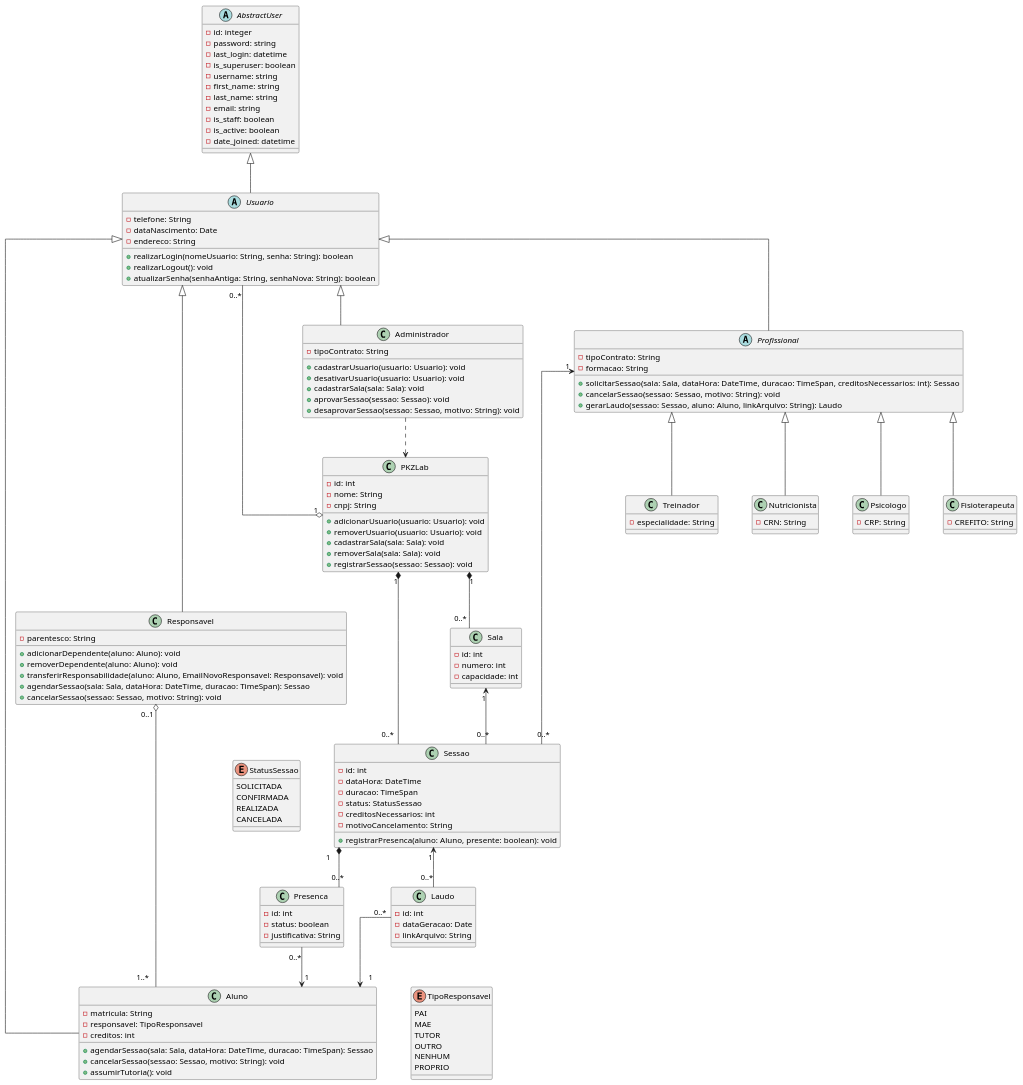
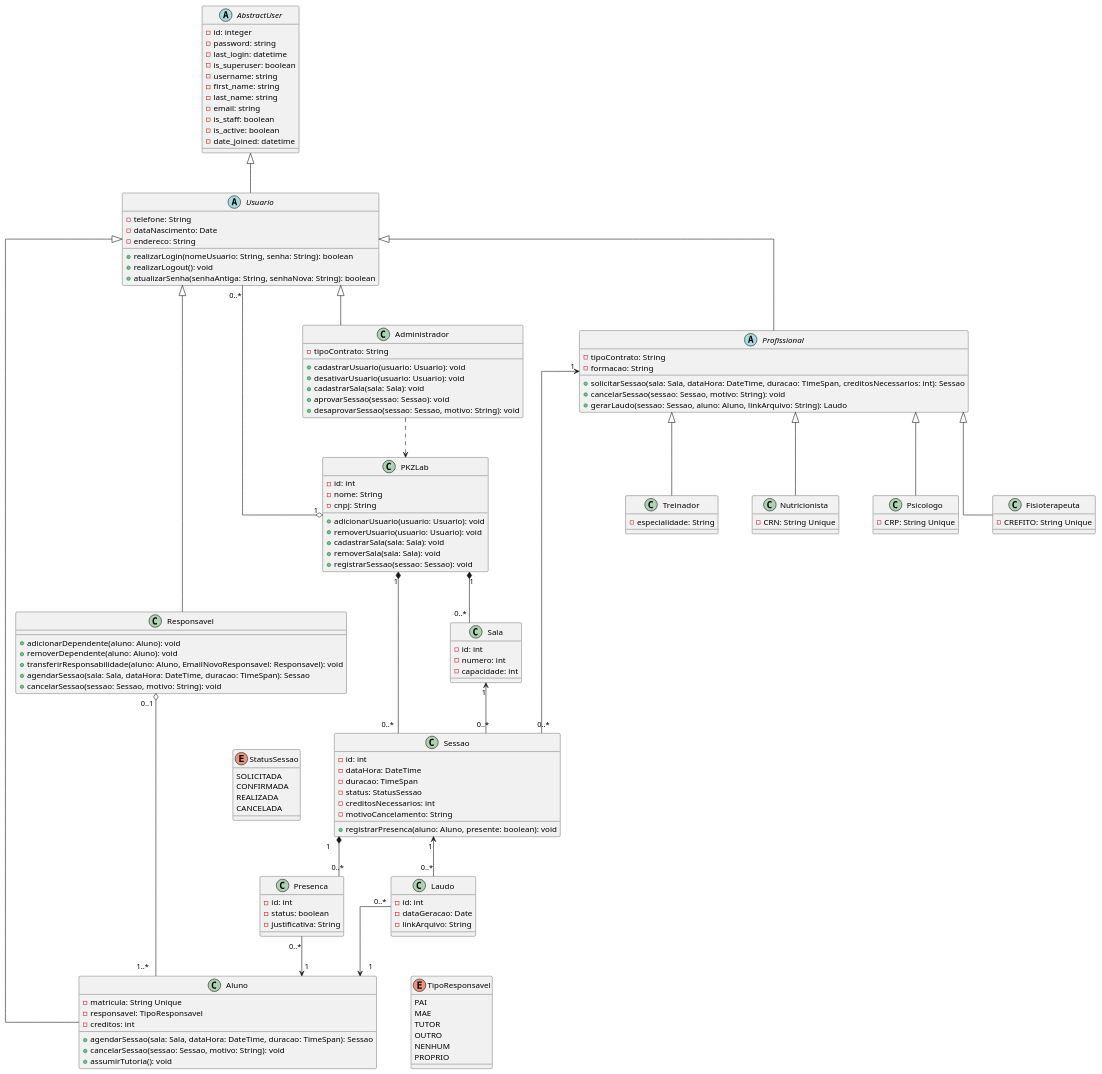
One commit to Projetos-de-Extensao/PECDII_26.2_8001_III changed the diagram in docs/Elaboracao/diagrama_de_classes.puml. Above: the diagram before and after it, drawn with PlantUML.

Commit message:
refactor: atualiza diagrama de classes para adicionar constraints e remover atributos inuteis.

```diff
--- a/docs/Elaboracao/diagrama_de_classes.puml
+++ b/docs/Elaboracao/diagrama_de_classes.puml
@@ -1,188 +1,187 @@
 @startuml
 skinparam linetype ortho
 skinparam nodesep 60
 skinparam ranksep 70
 
 ' ==========================================
 ' ENUMS
 ' ==========================================
 enum StatusSessao {
     SOLICITADA
     CONFIRMADA
     REALIZADA
     CANCELADA
 }
 
 ' ==========================================
 ' AGREGADOR RAIZ / SISTEMA (PKZLab)
 ' ==========================================
 class PKZLab {
     - id: int
     - nome: String
     - cnpj: String
     + adicionarUsuario(usuario: Usuario): void
     + removerUsuario(usuario: Usuario): void
     + cadastrarSala(sala: Sala): void
     + removerSala(sala: Sala): void
     + registrarSessao(sessao: Sessao): void
 }
 
 ' ==========================================
 ' HIERARQUIA DE USUÁRIOS
 ' ==========================================
 
 abstract class AbstractUser {
     - id: integer
     - password: string
     - last_login: datetime
     - is_superuser: boolean
     - username: string
     - first_name: string
     - last_name: string
     - email: string
     - is_staff: boolean
     - is_active: boolean
     - date_joined: datetime
 }
 
 abstract class Usuario {
     - telefone: String
     - dataNascimento: Date
     - endereco: String
     + realizarLogin(nomeUsuario: String, senha: String): boolean
     + realizarLogout(): void
     + atualizarSenha(senhaAntiga: String, senhaNova: String): boolean
 }
 
 class Administrador {
     - tipoContrato: String
     + cadastrarUsuario(usuario: Usuario): void
     + desativarUsuario(usuario: Usuario): void
     + cadastrarSala(sala: Sala): void
     + aprovarSessao(sessao: Sessao): void
     + desaprovarSessao(sessao: Sessao, motivo: String): void
 }
 
 class Responsavel {
-    - parentesco: String
     + adicionarDependente(aluno: Aluno): void
     + removerDependente(aluno: Aluno): void
     + transferirResponsabilidade(aluno: Aluno, EmailNovoResponsavel: Responsavel): void
     + agendarSessao(sala: Sala, dataHora: DateTime, duracao: TimeSpan): Sessao
     + cancelarSessao(sessao: Sessao, motivo: String): void
 
 }
 
 enum TipoResponsavel {
     PAI
     MAE
     TUTOR
     OUTRO
     NENHUM
     PROPRIO
 }
 
 class Aluno {
-    - matricula: String
+    - matricula: String Unique
     - responsavel: TipoResponsavel
     - creditos: int
     + agendarSessao(sala: Sala, dataHora: DateTime, duracao: TimeSpan): Sessao
     + cancelarSessao(sessao: Sessao, motivo: String): void
     + assumirTutoria(): void
 }
 
 abstract class Profissional {
     - tipoContrato: String
     - formacao: String
     + solicitarSessao(sala: Sala, dataHora: DateTime, duracao: TimeSpan, creditosNecessarios: int): Sessao
     + cancelarSessao(sessao: Sessao, motivo: String): void
     + gerarLaudo(sessao: Sessao, aluno: Aluno, linkArquivo: String): Laudo
 }
 
 class Treinador {
     - especialidade: String
 }
 
 class Nutricionista {
-    - CRN: String
+    - CRN: String Unique
 }
 
 class Psicologo {
-    - CRP: String
+    - CRP: String Unique
 }
 
 class Fisioterapeuta{
-    - CREFITO: String
+    - CREFITO: String Unique
 }
 
 AbstractUser <|-- Usuario
 
 Usuario <|-- Administrador
 Usuario <|-- Responsavel
 Usuario <|-- Aluno
 Usuario <|-- Profissional
 
 Profissional <|-- Treinador
 Profissional <|-- Nutricionista
 Profissional <|-- Psicologo
 Profissional <|-- Fisioterapeuta
 
 Responsavel "0..1" o-- "1..*" Aluno
 
 TipoResponsavel -[hidden]left-> Aluno
 
 ' ==========================================
 ' SESSÃO, SALA E AGENDAMENTO
 ' ==========================================
 class Sala {
     - id: int
     - numero: int
     - capacidade: int
 }
 
 class Sessao {
     - id: int
     - dataHora: DateTime
     - duracao: TimeSpan
     - status: StatusSessao
     - creditosNecessarios: int
     - motivoCancelamento: String
     + registrarPresenca(aluno: Aluno, presente: boolean): void
 }
 
 class Presenca {
     - id: int
     - status: boolean
     - justificativa: String
 }
 
 class Laudo {
     - id: int
     - dataGeracao: Date
     - linkArquivo: String
 }
 
 ' ==========================================
 ' RELACIONAMENTOS DO PKZLab E ADMINISTRAÇÃO
 ' ==========================================
 PKZLab "1" o-- "0..*" Usuario
 PKZLab "1" *-- "0..*" Sala
 PKZLab "1" *-- "0..*" Sessao
 
 Administrador ..> PKZLab
 
 ' ==========================================
 ' RELACIONAMENTOS OPERACIONAIS
 ' ==========================================
 Profissional "1" <-- "0..*" Sessao
 Sala "1" <-- "0..*" Sessao
 
 Sessao "1" *-- "0..*" Presenca
 Presenca "0..*" --> "1" Aluno
 
 Sessao "1" <-- "0..*" Laudo
 Laudo "0..*" --> "1" Aluno
 
 StatusSessao -[hidden]right-> Sessao
 
 @enduml
```
